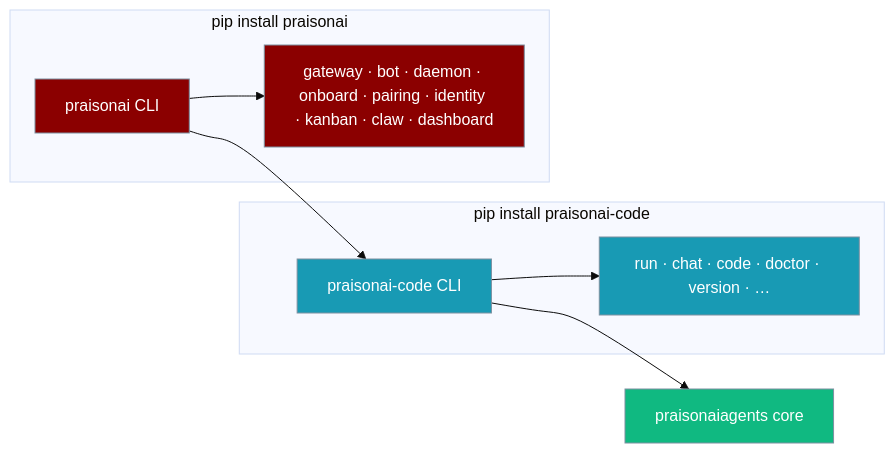
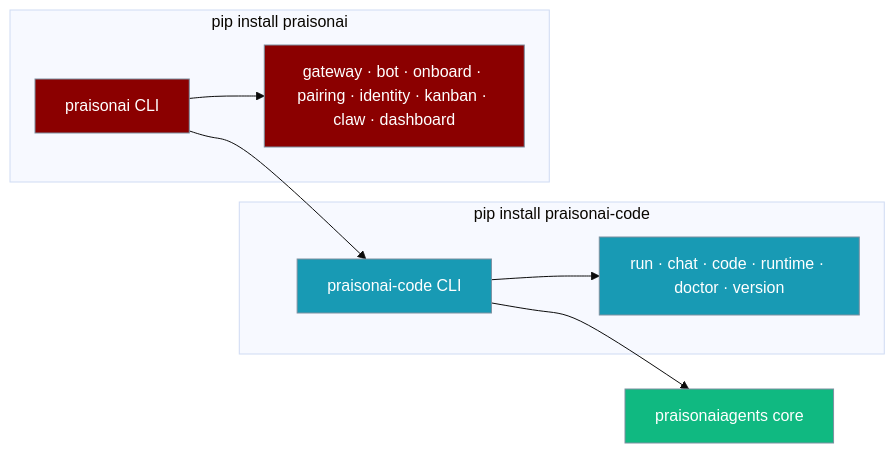
One commit to MervinPraison/PraisonAIDocs changed the first of 2 diagrams in docs/features/praisonai-code-cli.mdx. Above: the diagram before and after it, drawn with Mermaid (base theme). The commit also changed other lines of this file and 2 other files, not shown here.

First line of the commit message:
docs: add praisonai-code CLI page, version command docs, install cards (fixes #1363)

````diff
--- a/docs/features/praisonai-code-cli.mdx
+++ b/docs/features/praisonai-code-cli.mdx
@@ -22,18 +22,18 @@
 ```mermaid
 graph LR
-    subgraph "pip install praisonai-code"
-        A[praisonai-code CLI] --> A1[run · chat · code · doctor · version · …]
+    subgraph pip_code["pip install praisonai-code"]
+        A[praisonai-code CLI] --> A1[run · chat · code · runtime · doctor · version]
     end
-    subgraph "pip install praisonai"
-        B[praisonai CLI] --> B1[gateway · bot · daemon · onboard · pairing · identity · kanban · claw · dashboard]
+    subgraph pip_wrapper["pip install praisonai"]
+        B[praisonai CLI] --> B1[gateway · bot · onboard · pairing · identity · kanban · claw · dashboard]
         B --> A
     end
     A --> C[praisonaiagents core]
 
     classDef code fill:#189AB4,stroke:#7C90A0,color:#fff
     classDef wrapper fill:#8B0000,stroke:#7C90A0,color:#fff
     classDef core fill:#10B981,stroke:#7C90A0,color:#fff
     class A,A1 code
     class B,B1 wrapper
     class C core
 ```
````
